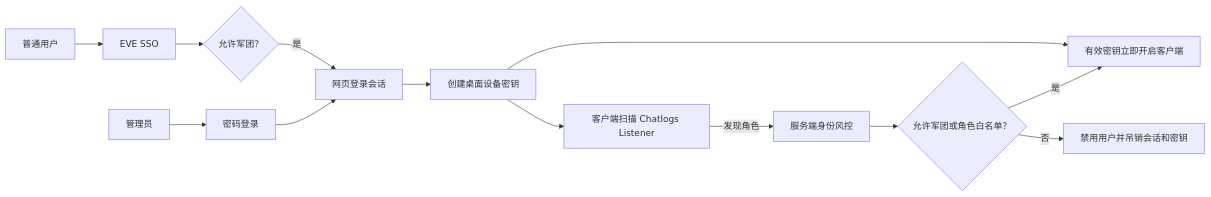
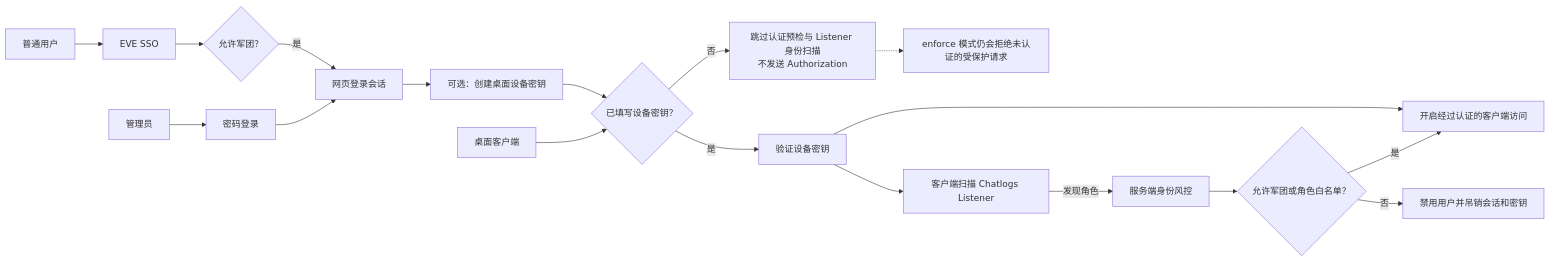
The third of 3 diagrams in README.md (xiaqijun/eve-sentry), drawn with Mermaid before and after one commit. The commit also changed other lines of this file and 9 other files, not shown here.

````diff
--- a/README.md
+++ b/README.md
@@ -67,17 +67,22 @@
 ```mermaid
 flowchart LR
     member["普通用户"] --> sso["EVE SSO"]
     sso --> corp{"允许军团？"}
     corp -->|"是"| session["网页登录会话"]
 
     admin["管理员"] --> password["密码登录"]
     password --> session
 
-    session --> key["创建桌面设备密钥"]
-    key --> access["有效密钥立即开启客户端"]
-    key --> listener["客户端扫描 Chatlogs Listener"]
+    session --> key["可选：创建桌面设备密钥"]
+    client["桌面客户端"] --> configured{"已填写设备密钥？"}
+    configured -->|"否"| anonymous["跳过认证预检与 Listener 身份扫描<br/>不发送 Authorization"]
+    configured -->|"是"| keycheck["验证设备密钥"]
+    key --> configured
+    keycheck --> access["开启经过认证的客户端访问"]
+    keycheck --> listener["客户端扫描 Chatlogs Listener"]
     listener -->|"发现角色"| check["服务端身份风控"]
     check --> rule{"允许军团或角色白名单？"}
     rule -->|"是"| access
     rule -->|"否"| revoke["禁用用户并吊销会话和密钥"]
+    anonymous -.-> policy["enforce 模式仍会拒绝未认证的受保护请求"]
 ```
````
